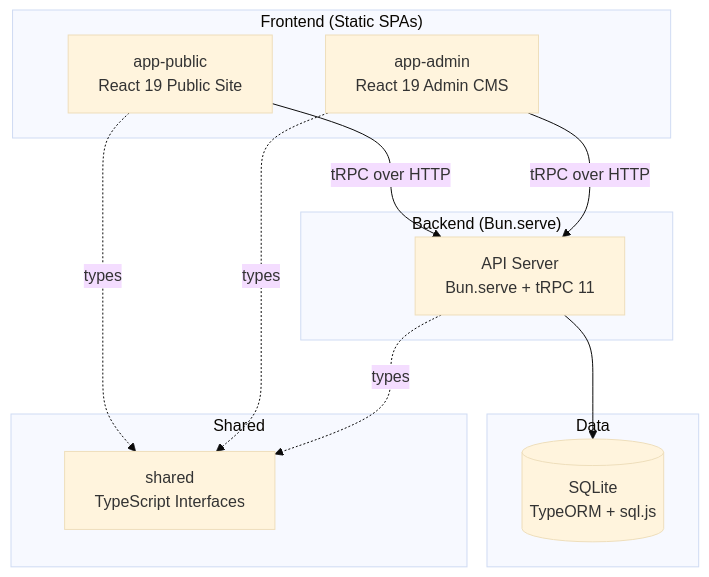
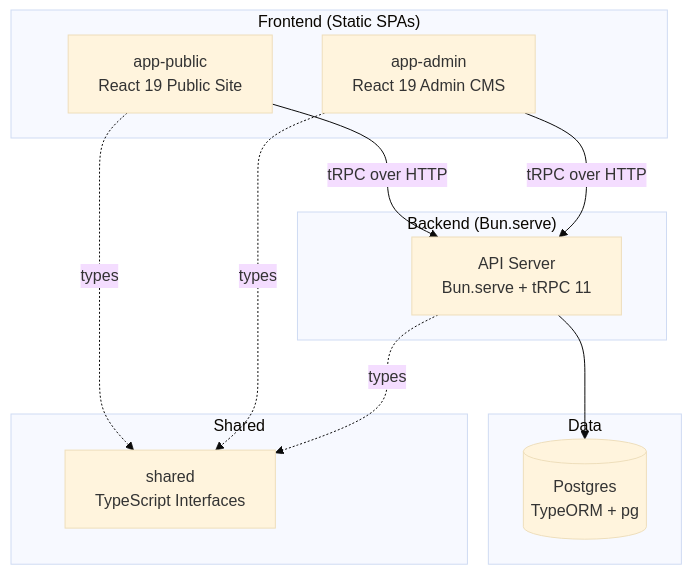
One commit to lordnynex/satyrsmc changed the diagram in CONTRIBUTING.md. Above: the diagram before and after it, drawn with Mermaid (base theme). The commit also changed other lines of this file and 102 other files, not shown here.

````diff
--- a/CONTRIBUTING.md
+++ b/CONTRIBUTING.md
@@ -5,26 +5,26 @@
 ```mermaid
 graph TB
     subgraph "Frontend (Static SPAs)"
         PUB[app-public<br/>React 19 Public Site]
         ADM[app-admin<br/>React 19 Admin CMS]
     end
 
     subgraph "Backend (Bun.serve)"
         API[API Server<br/>Bun.serve + tRPC 11]
     end
 
     subgraph "Data"
-        DB[(SQLite<br/>TypeORM + sql.js)]
+        DB[(Postgres<br/>TypeORM + pg)]
     end
 
     subgraph "Shared"
         SH[shared<br/>TypeScript Interfaces]
     end
 
     PUB -->|tRPC over HTTP| API
     ADM -->|tRPC over HTTP| API
     API --> DB
     PUB -.->|types| SH
     ADM -.->|types| SH
     API -.->|types| SH
 ```
````
